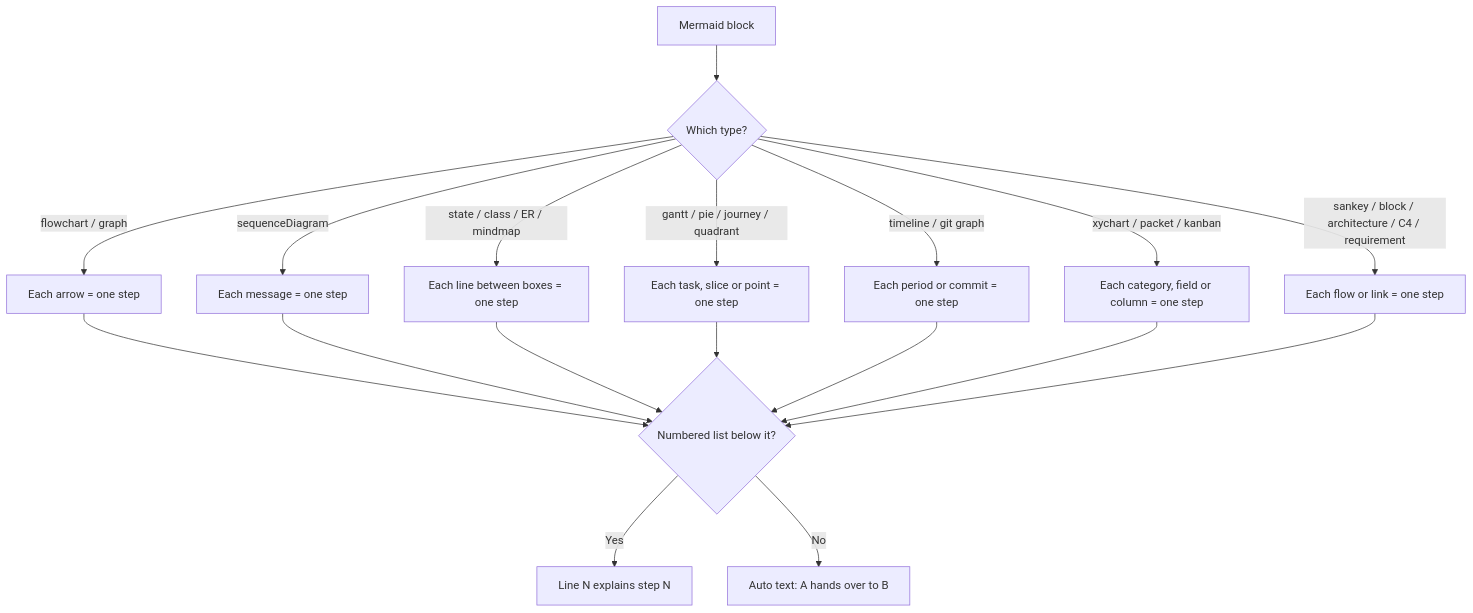
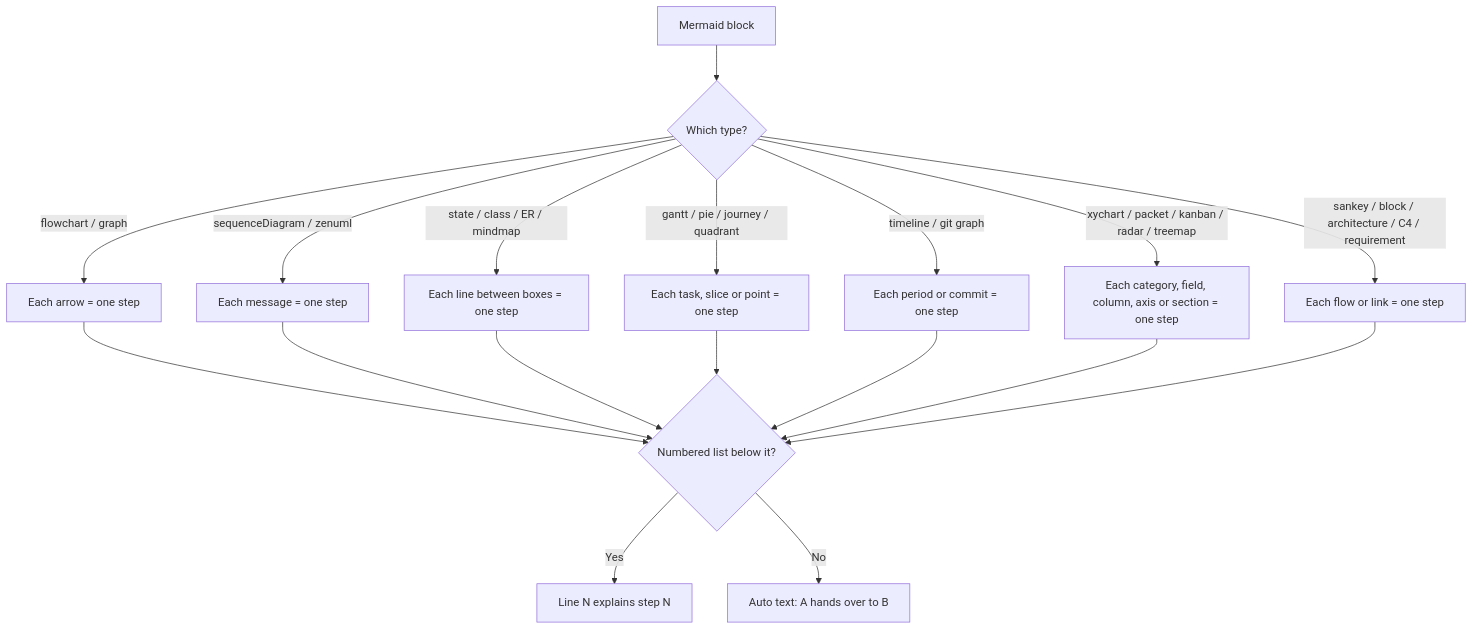
Before and after one commit to solutionforest/flow-explainer: the second of 3 diagrams in README.md, drawn with Mermaid. The commit also changed other lines of this file and 10 other files, not shown here.

First line of the commit message:
feat: support radar, treemap and zenuml diagrams; add an icon on/off setting

````diff
--- a/README.md
+++ b/README.md
@@ -94,20 +94,20 @@
 ```mermaid
 flowchart TD
   A[Mermaid block] --> B{Which type?}
   B -->|flowchart / graph| C[Each arrow = one step]
-  B -->|sequenceDiagram| D[Each message = one step]
+  B -->|sequenceDiagram / zenuml| D[Each message = one step]
   B -->|state / class / ER / mindmap| H[Each line between boxes = one step]
   B -->|gantt / pie / journey / quadrant| I[Each task, slice or point = one step]
   B -->|timeline / git graph| J[Each period or commit = one step]
-  B -->|xychart / packet / kanban| K[Each category, field or column = one step]
+  B -->|xychart / packet / kanban / radar / treemap| K[Each category, field, column, axis or section = one step]
   B -->|sankey / block / architecture / C4 / requirement| L[Each flow or link = one step]
   C --> E{Numbered list below it?}
   D --> E
   H --> E
   I --> E
   J --> E
   K --> E
   L --> E
   E -->|Yes| F[Line N explains step N]
   E -->|No| G[Auto text: A hands over to B]
 ```
````
